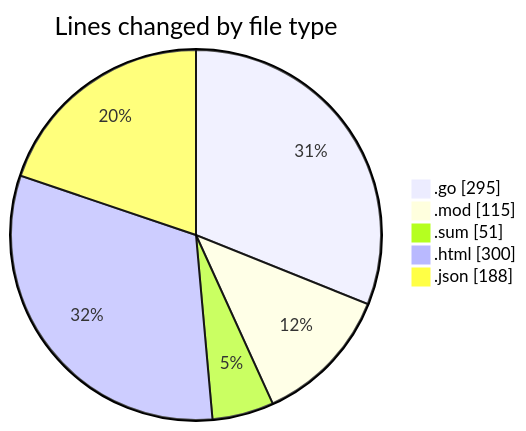
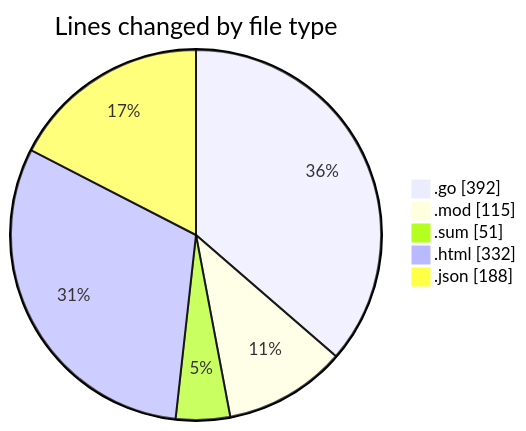
One commit to Ritupan-Deka/code-tracking changed the first of 2 diagrams in 2025-11-01/backend/README.md. Above: the diagram before and after it, drawn with Mermaid. The commit also changed other lines of this file and 1 other file, not shown here.

````diff
--- a/2025-11-01/backend/README.md
+++ b/2025-11-01/backend/README.md
@@ -30,9 +34,9 @@
 ```mermaid
 pie showData
 title Lines changed by file type
-".go" : 295
+".go" : 392
 ".mod" : 115
 ".sum" : 51
-".html" : 300
+".html" : 332
 ".json" : 188
 ```
````
